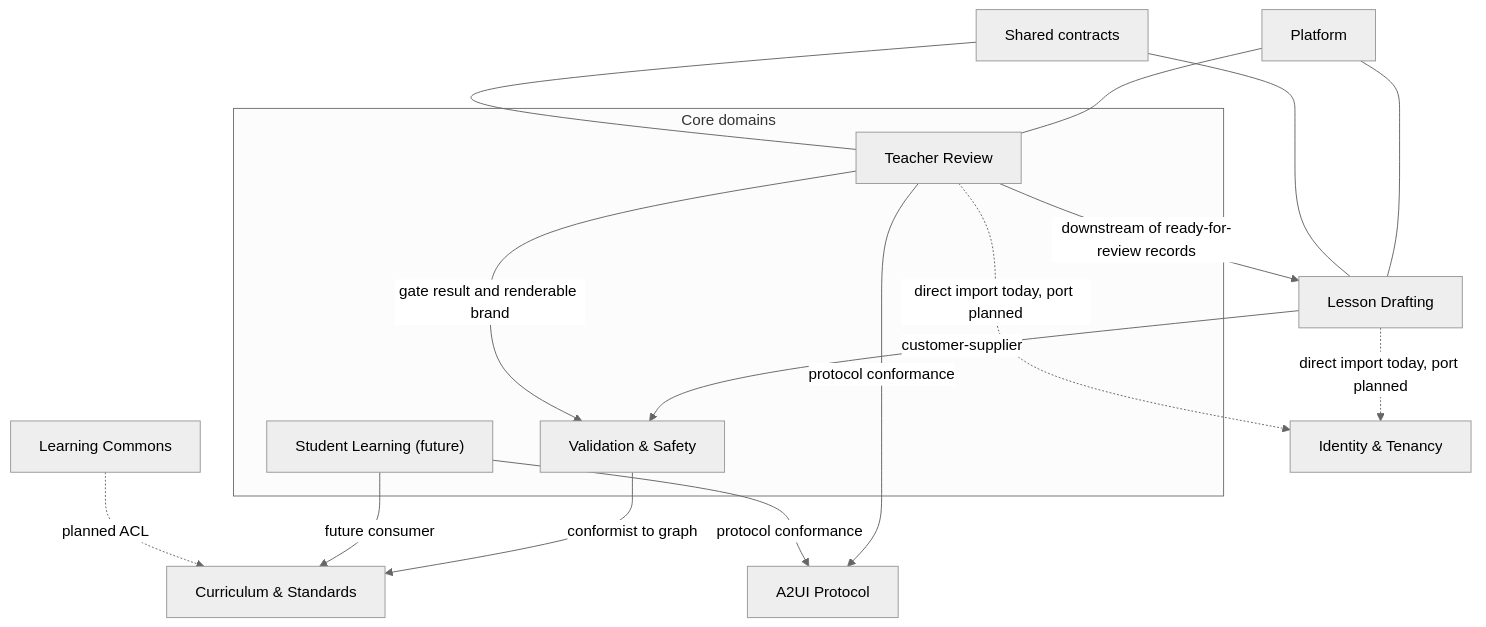
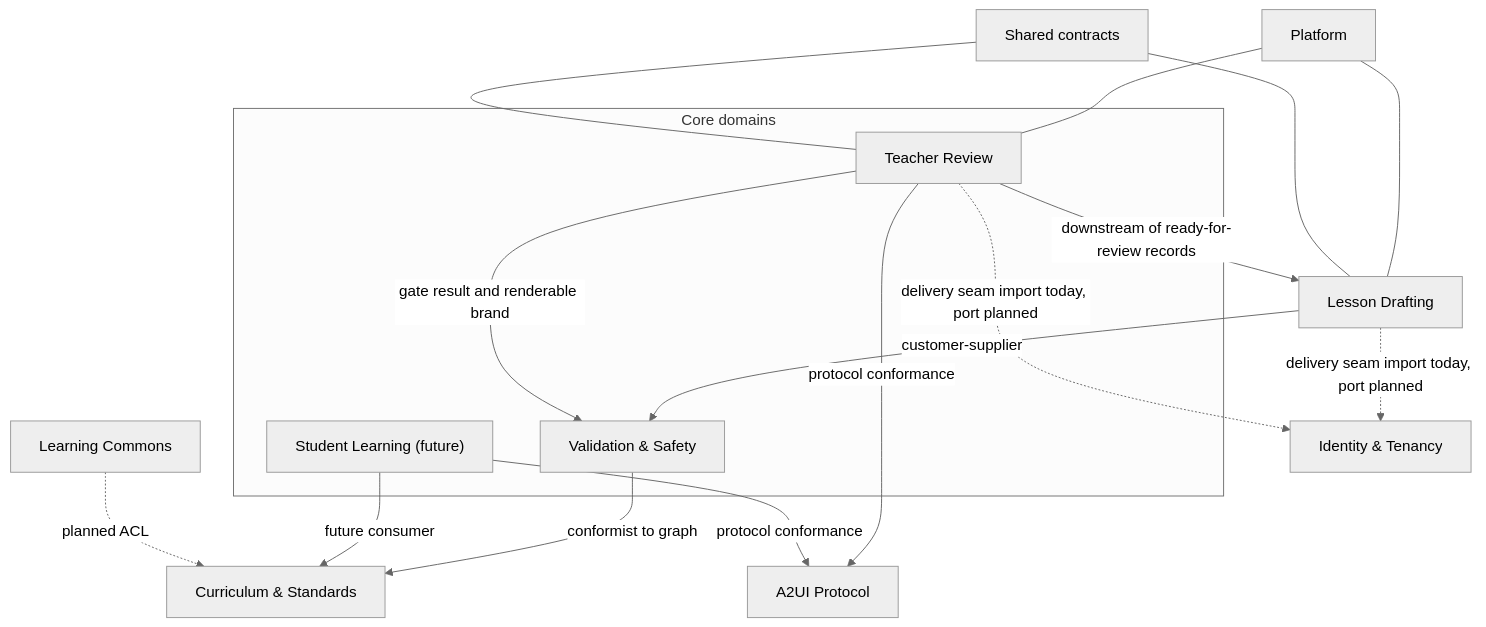
The second of 3 diagrams in ARCHITECTURE.md (abodacs/edu-canvas), drawn with Mermaid (neutral theme) before and after one commit. The commit also changed other lines of this file and 1 other file, not shown here.

First line of the commit message:
docs: re-baseline the architecture map and setup guide

````diff
--- a/ARCHITECTURE.md
+++ b/ARCHITECTURE.md
@@ -118,22 +129,22 @@
 ```mermaid
 flowchart TB
     subgraph core["Core domains"]
         V["Validation & Safety"]
         R["Teacher Review"]
         S["Student Learning (future)"]
     end
     D["Lesson Drafting"] -->|customer-supplier| V
     V -->|conformist to graph| C["Curriculum & Standards"]
     S -->|future consumer| C
     R -->|downstream of ready-for-review records| D
     R -->|gate result and renderable brand| V
     R -->|protocol conformance| A["A2UI Protocol"]
     S -->|protocol conformance| A
     LC["Learning Commons"] -.->|planned ACL| C
-    D -.->|direct import today, port planned| I["Identity & Tenancy"]
-    R -.->|direct import today, port planned| I
+    D -.->|delivery seam import today, port planned| I["Identity & Tenancy"]
+    R -.->|delivery seam import today, port planned| I
     P["Platform"] --- D
     P --- R
     SH["Shared contracts"] --- D
     SH --- R
 ```
````
